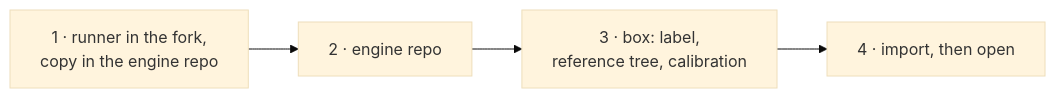
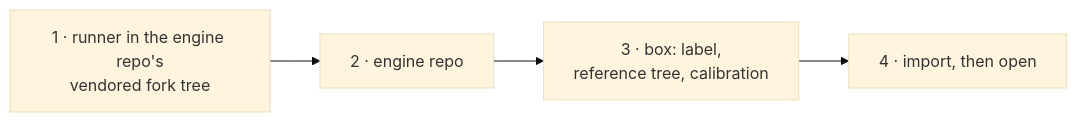
Before and after one commit to GumbiiDigital/mlxfast-bench: the second of 2 diagrams in docs/runbook-new-engine.md, drawn with Mermaid (base theme). The commit also changed other lines of this file and 11 other files, not shown here.

````diff
--- a/docs/runbook-new-engine.md
+++ b/docs/runbook-new-engine.md
@@ -98,4 +98,4 @@
 ```mermaid
 flowchart LR
-  s1[1 · runner in the fork,<br/>copy in the engine repo] --> s2[2 · engine repo] --> s3[3 · box: label,<br/>reference tree, calibration] --> s4[4 · import, then open]
+  s1[1 · runner in the engine repo's<br/>vendored fork tree] --> s2[2 · engine repo] --> s3[3 · box: label,<br/>reference tree, calibration] --> s4[4 · import, then open]
 ```
````
